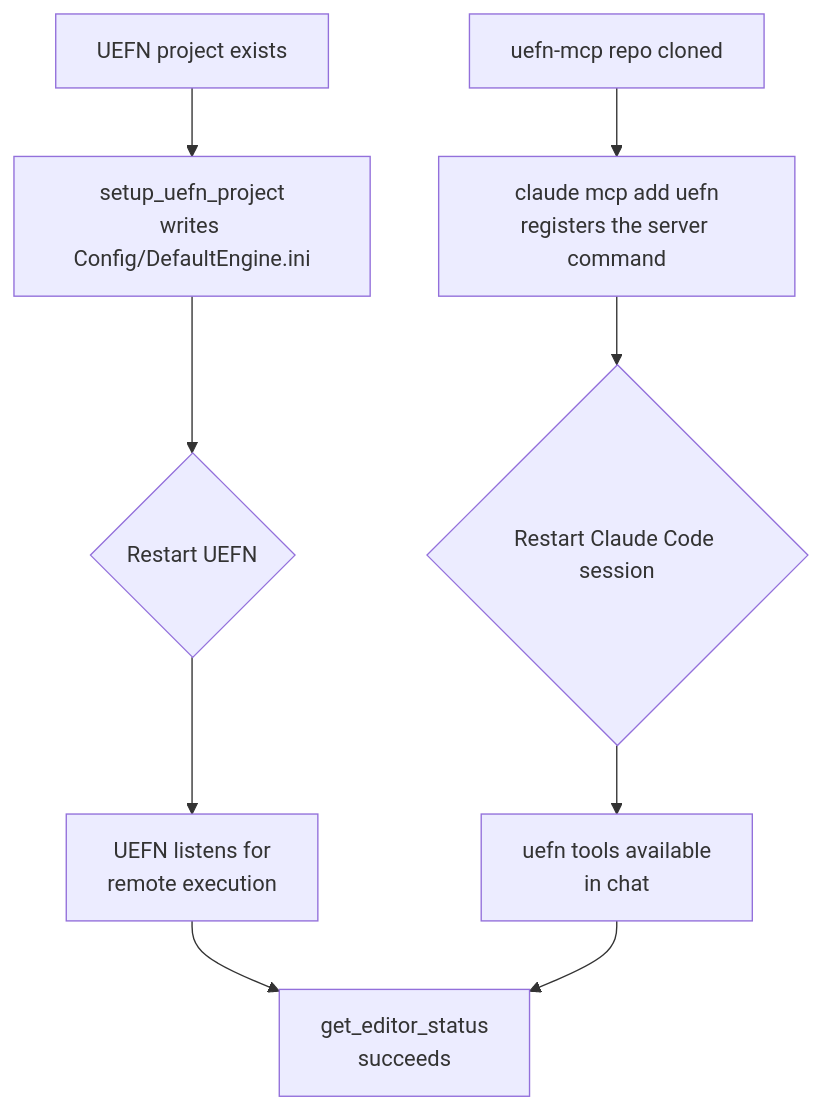
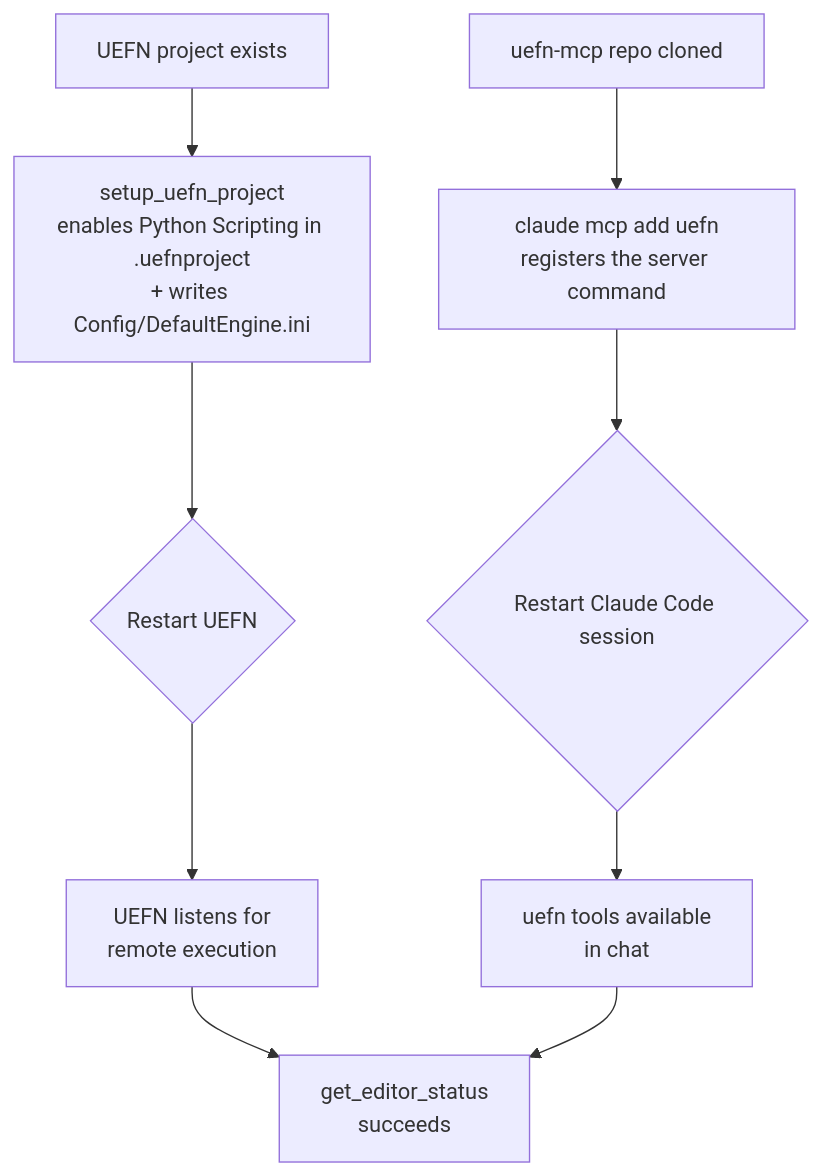
One commit to dylannalex/uefn-ai-toolkit changed the first of 2 diagrams in docs/setup.md. Above: the diagram before and after it, drawn with Mermaid. The commit also changed other lines of this file and 17 other files, not shown here.

````diff
--- a/docs/setup.md
+++ b/docs/setup.md
@@ -8,13 +5,13 @@
 ```mermaid
 flowchart TD
-    A["UEFN project exists"] --> B["setup_uefn_project\nwrites Config/DefaultEngine.ini"]
+    A["UEFN project exists"] --> B["setup_uefn_project\nenables Python Scripting in .uefnproject\n+ writes Config/DefaultEngine.ini"]
     B --> C{"Restart UEFN"}
     C --> D["UEFN listens for\nremote execution"]
 
     E["uefn-mcp repo cloned"] --> F["claude mcp add uefn\nregisters the server command"]
     F --> G{"Restart Claude Code session"}
     G --> H["uefn tools available\nin chat"]
 
     D --> I["get_editor_status\nsucceeds"]
     H --> I
 ```
````
